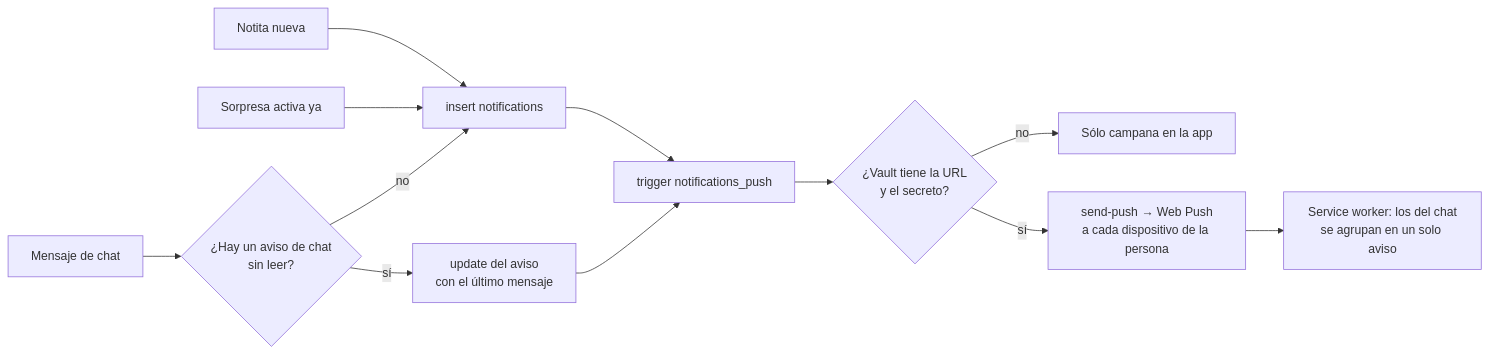
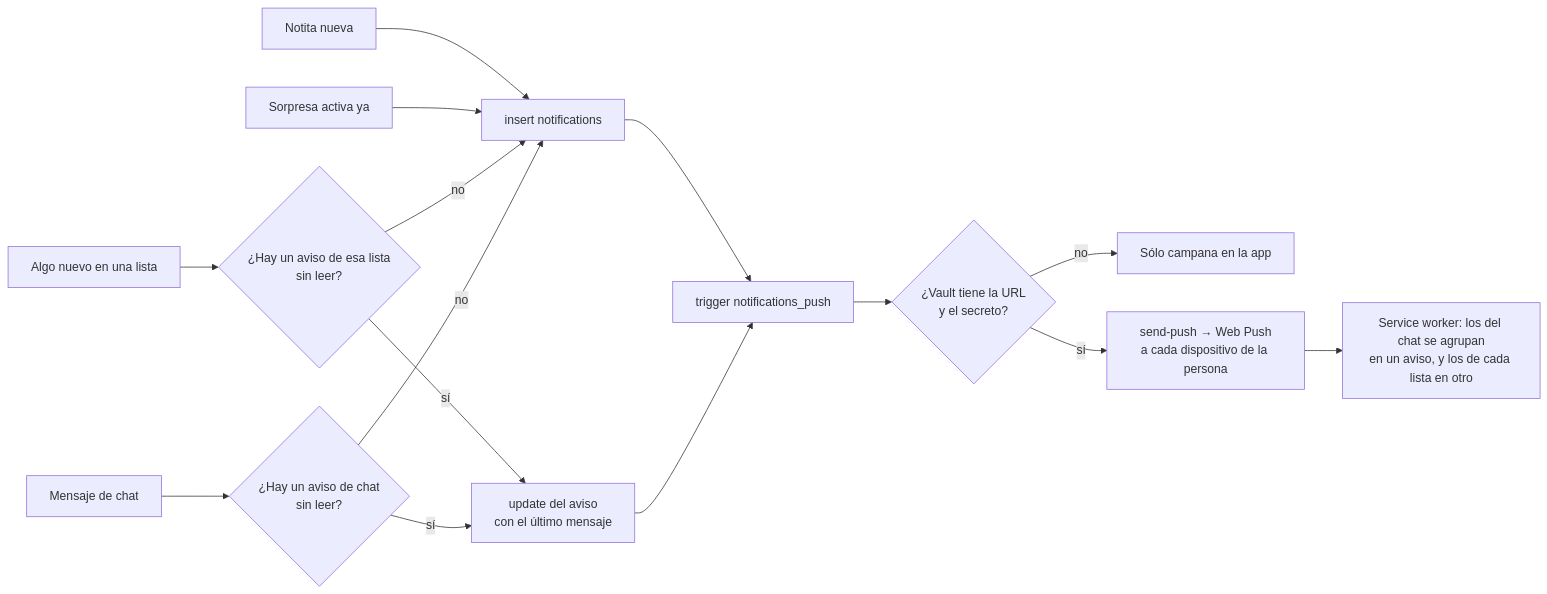
Diagram 14 of 22 in docs/DIAGRAMAS.md (Juan-Carlos-Estevez-Vargas/Camila-Sanchez), drawn with Mermaid before and after one commit. The commit also changed other lines of this file and 3 other files, not shown here.

Commit message:
docs: listas compartidas en el manual, la arquitectura, los diagramas y el README

````diff
--- a/docs/DIAGRAMAS.md
+++ b/docs/DIAGRAMAS.md
@@ -352,13 +353,16 @@
 ```mermaid
 flowchart LR
   N["Notita nueva"] --> INS["insert notifications"]
   S["Sorpresa activa ya"] --> INS
+  L["Algo nuevo en una lista"] --> QL{"¿Hay un aviso de esa lista<br/>sin leer?"}
+  QL -- "no" --> INS
+  QL -- "sí" --> UPD
   C["Mensaje de chat"] --> Q{"¿Hay un aviso de chat<br/>sin leer?"}
   Q -- "no" --> INS
   Q -- "sí" --> UPD["update del aviso<br/>con el último mensaje"]
   INS & UPD --> T["trigger notifications_push"]
   T --> V{"¿Vault tiene la URL<br/>y el secreto?"}
   V -- "no" --> X["Sólo campana en la app"]
   V -- "sí" --> SP["send-push → Web Push<br/>a cada dispositivo de la persona"]
-  SP --> SW["Service worker: los del chat<br/>se agrupan en un solo aviso"]
+  SP --> SW["Service worker: los del chat se agrupan<br/>en un aviso, y los de cada lista en otro"]
 ```
````
